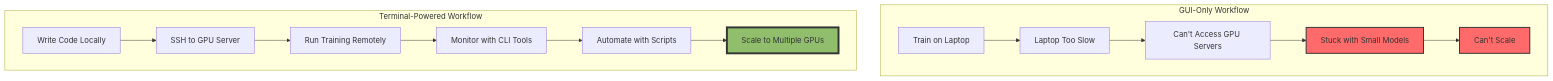
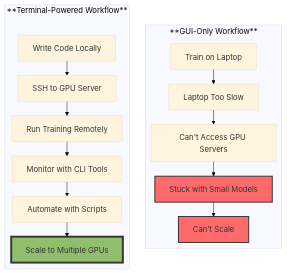
Before and after one commit to Vineet-Sharma-Medium-Stories/Medium-Build-Tool: the first of 3 diagrams in The 2026 AI Metromap/The 2026 AI Metromap: Command Line & Version Control – Navigating the Terminal Like a Conductor.md, drawn with Mermaid. The commit also changed other lines of this file and 37 other files, not shown here.

````diff
--- a/The 2026 AI Metromap/The 2026 AI Metromap: Command Line & Version Control – Navigating the Terminal Like a Conductor.md
+++ b/The 2026 AI Metromap/The 2026 AI Metromap: Command Line & Version Control – Navigating the Terminal Like a Conductor.md
@@ -65,21 +65,26 @@
 ```mermaid
+---
+config:
+  theme: base
+  layout: elk
+---
 graph TD
-    subgraph "GUI-Only Workflow"
+    subgraph "**GUI-Only Workflow**"
         A[Train on Laptop] --> B[Laptop Too Slow]
         B --> C[Can't Access GPU Servers]
         C --> D[Stuck with Small Models]
         D --> E[Can't Scale]
     end
     
-    subgraph "Terminal-Powered Workflow"
+    subgraph "**Terminal-Powered Workflow**"
         F[Write Code Locally] --> G[SSH to GPU Server]
         G --> H[Run Training Remotely]
         H --> I[Monitor with CLI Tools]
         I --> J[Automate with Scripts]
         J --> K[Scale to Multiple GPUs]
     end
     
     style D fill:#ff6b6b,stroke:#333,stroke-width:2px
     style E fill:#ff6b6b,stroke:#333,stroke-width:2px
     style K fill:#90be6d,stroke:#333,stroke-width:4px
 ```
````
